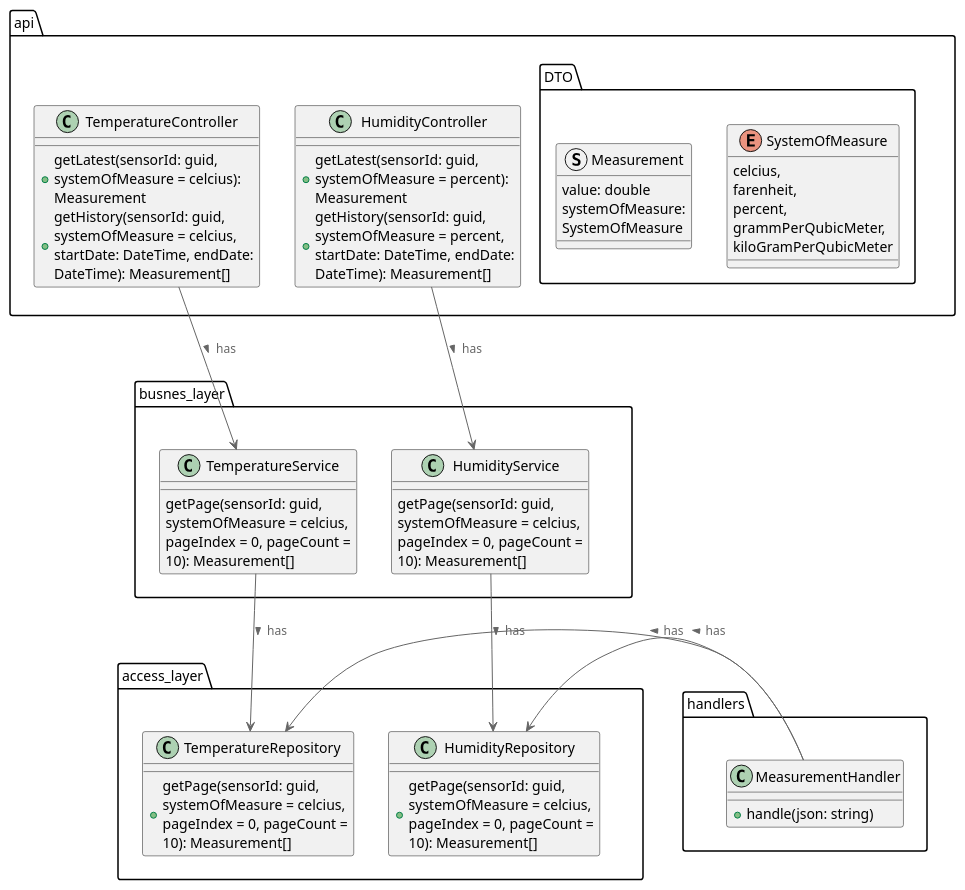
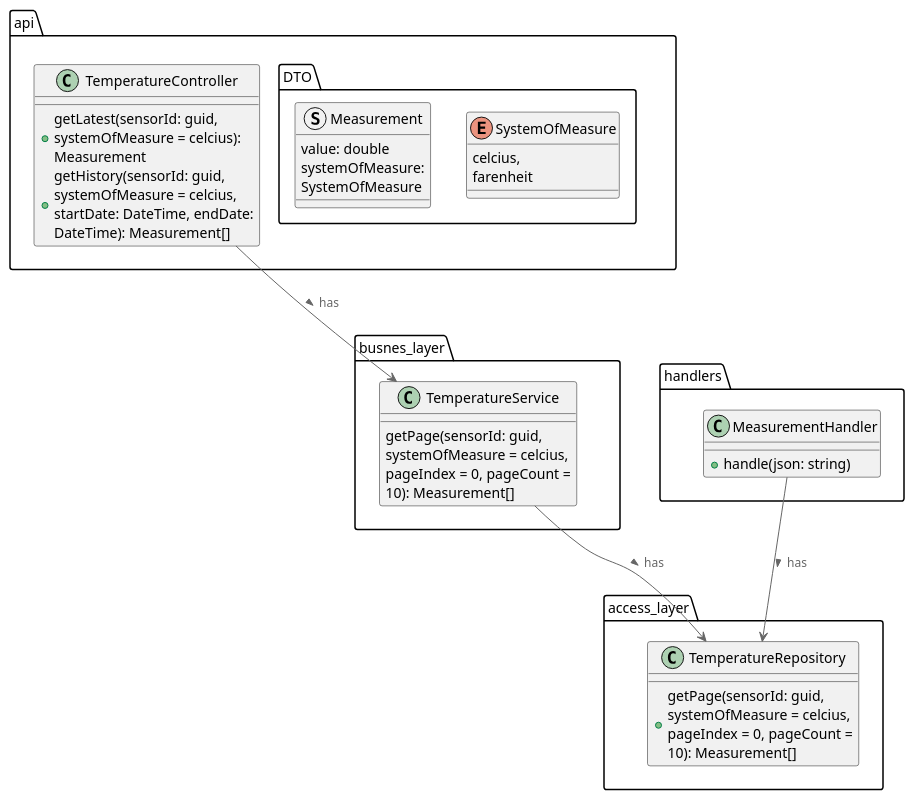
One commit to vladimir-kulgun/architecture-pro-warmhouse changed the diagram in schemas/TO-BE/c4_MonitoringService.puml. Above: the diagram before and after it, drawn with PlantUML.

Commit message:
self-review

```diff
--- a/schemas/TO-BE/c4_MonitoringService.puml
+++ b/schemas/TO-BE/c4_MonitoringService.puml
@@ -1,69 +1,51 @@
 @startuml
 !include https://raw.githubusercontent.com/plantuml-stdlib/C4-PlantUML/master/C4_Container.puml
 
 package api {
   package DTO {
     enum SystemOfMeasure {
       celcius,
-      farenheit,
-      percent,
-      grammPerQubicMeter,
-      kiloGramPerQubicMeter
+      farenheit
       }
 
     struct Measurement {
       value: double
       systemOfMeasure: SystemOfMeasure
     }
   }
   
   class TemperatureController {
       + getLatest(sensorId: guid, systemOfMeasure = celcius): Measurement
       + getHistory(sensorId: guid, systemOfMeasure = celcius, startDate: DateTime, endDate: DateTime): Measurement[]
   }
-
-  class HumidityController {
-      + getLatest(sensorId: guid, systemOfMeasure = percent): Measurement
-      + getHistory(sensorId: guid, systemOfMeasure = percent, startDate: DateTime, endDate: DateTime): Measurement[]
-  }
 }
 
 package busnes_layer {
   class TemperatureService {
-    getPage(sensorId: guid, systemOfMeasure = celcius, pageIndex = 0, pageCount = 10): Measurement[]
-  }
-  class HumidityService {
     getPage(sensorId: guid, systemOfMeasure = celcius, pageIndex = 0, pageCount = 10): Measurement[]
   }
 }
 
 package handlers {
   class MeasurementHandler {
     + handle(json: string)
   }
 }
 
 package access_layer {
   class TemperatureRepository {
     + getPage(sensorId: guid, systemOfMeasure = celcius, pageIndex = 0, pageCount = 10): Measurement[]
   }
-  class HumidityRepository {
-    + getPage(sensorId: guid, systemOfMeasure = celcius, pageIndex = 0, pageCount = 10): Measurement[]
-  }
 }
 
 Lay_D(api, busnes_layer)
 Lay_D(api, handlers)
 Lay_D(busnes_layer, access_layer)
 
 TemperatureController -> TemperatureService: has >
 TemperatureService -> TemperatureRepository: has >
 
-HumidityController -> HumidityService: has >
-HumidityService -> HumidityRepository: has >
-
 MeasurementHandler -> TemperatureRepository: has >
-MeasurementHandler -> HumidityRepository: has >
 
 
 @enduml
```
